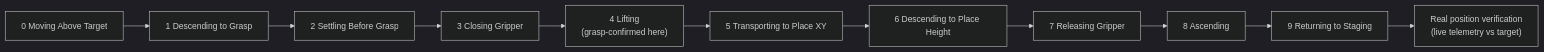
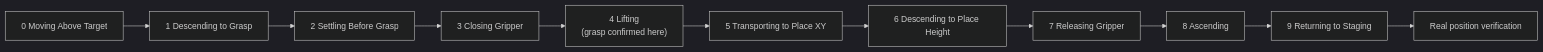
One commit to Devv-262/Physyk_AI changed the diagram in TECHNICAL_DEEP_DIVE.md. Above: the diagram before and after it, drawn with Mermaid (dark theme). The commit also changed other lines of this file and 14 other files, not shown here.

````diff
--- a/TECHNICAL_DEEP_DIVE.md
+++ b/TECHNICAL_DEEP_DIVE.md
@@ -26,13 +24,13 @@
 ```mermaid
 flowchart LR
     P0["0 Moving Above Target"] --> P1["1 Descending to Grasp"]
     P1 --> P2["2 Settling Before Grasp"]
     P2 --> P3["3 Closing Gripper"]
-    P3 --> P4["4 Lifting\n(grasp-confirmed here)"]
+    P3 --> P4["4 Lifting\n(grasp confirmed here)"]
     P4 --> P5["5 Transporting to Place XY"]
     P5 --> P6["6 Descending to Place Height"]
     P6 --> P7["7 Releasing Gripper"]
     P7 --> P8["8 Ascending"]
     P8 --> P9["9 Returning to Staging"]
-    P9 --> V["Real position verification\n(live telemetry vs target)"]
+    P9 --> V["Real position verification"]
 ```
````
